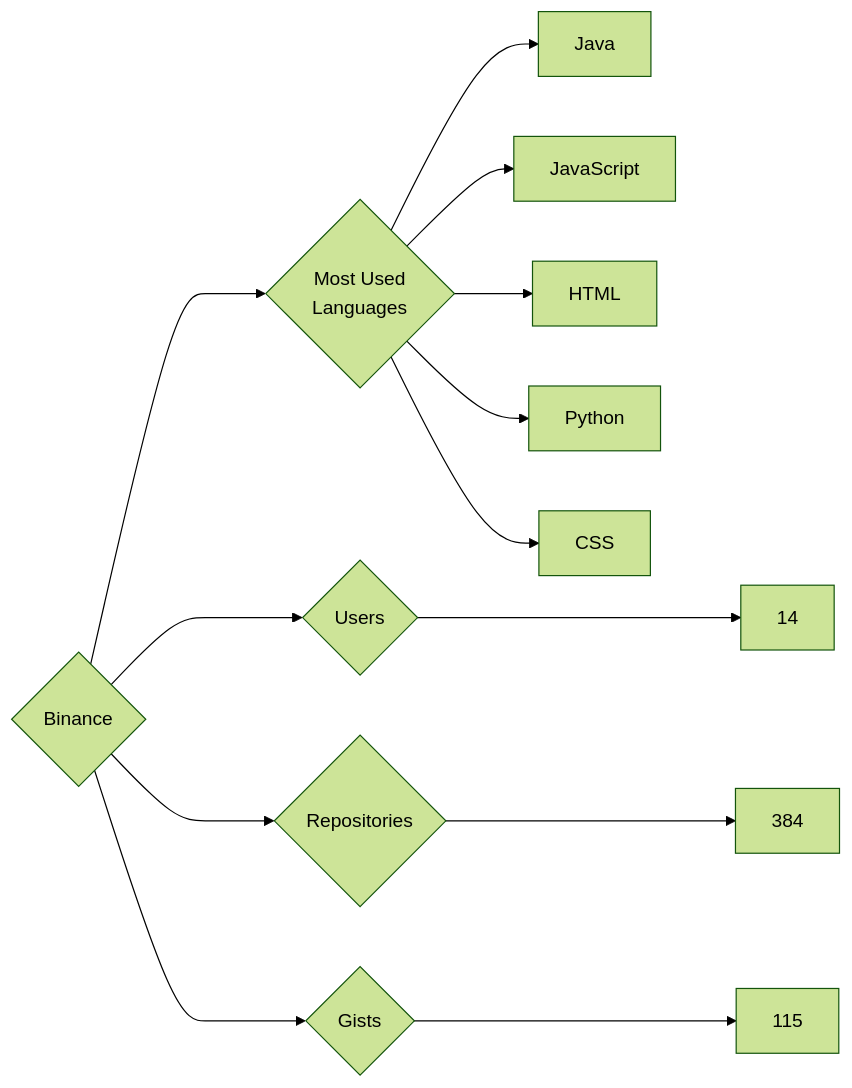
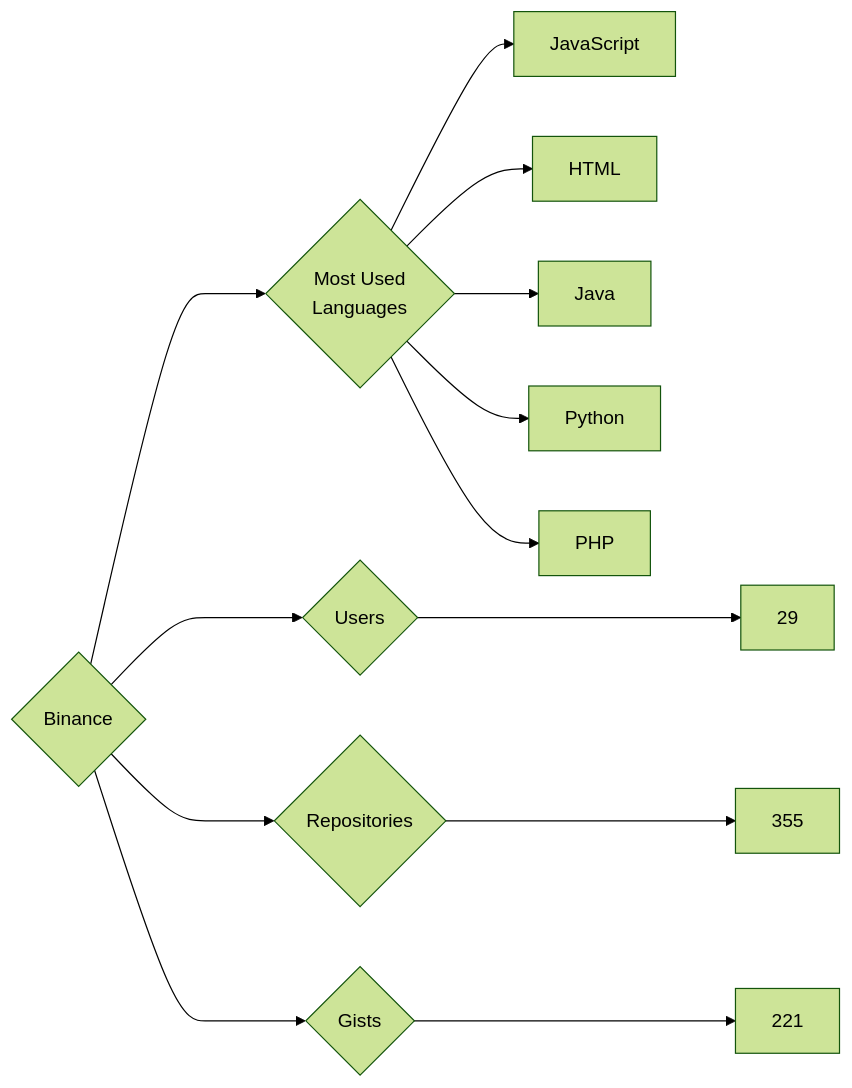
Before and after one commit to trickest/insiders: the diagram in targets/Binance/README.md, drawn with Mermaid (forest theme). The commit also changed 736 other files, not shown here.

````diff
--- a/targets/Binance/README.md
+++ b/targets/Binance/README.md
@@ -3,13 +3,13 @@
 ```mermaid
 graph LR
 COMPANY_NAME{Binance}
-COMPANY_NAME ---> U{Users} ---> UN[14]
-COMPANY_NAME ---> R{Repositories} ---> RN[384]
-COMPANY_NAME ---> G{Gists} ---> GN[115]
+COMPANY_NAME ---> U{Users} ---> UN[29]
+COMPANY_NAME ---> R{Repositories} ---> RN[355]
+COMPANY_NAME ---> G{Gists} ---> GN[221]
 COMPANY_NAME ---> ML{Most Used<br>Languages}
-ML --> Java[Java]
 ML --> JavaScript[JavaScript]
 ML --> HTML[HTML]
+ML --> Java[Java]
 ML --> Python[Python]
-ML --> CSS[CSS]
+ML --> PHP[PHP]
 ```
````
